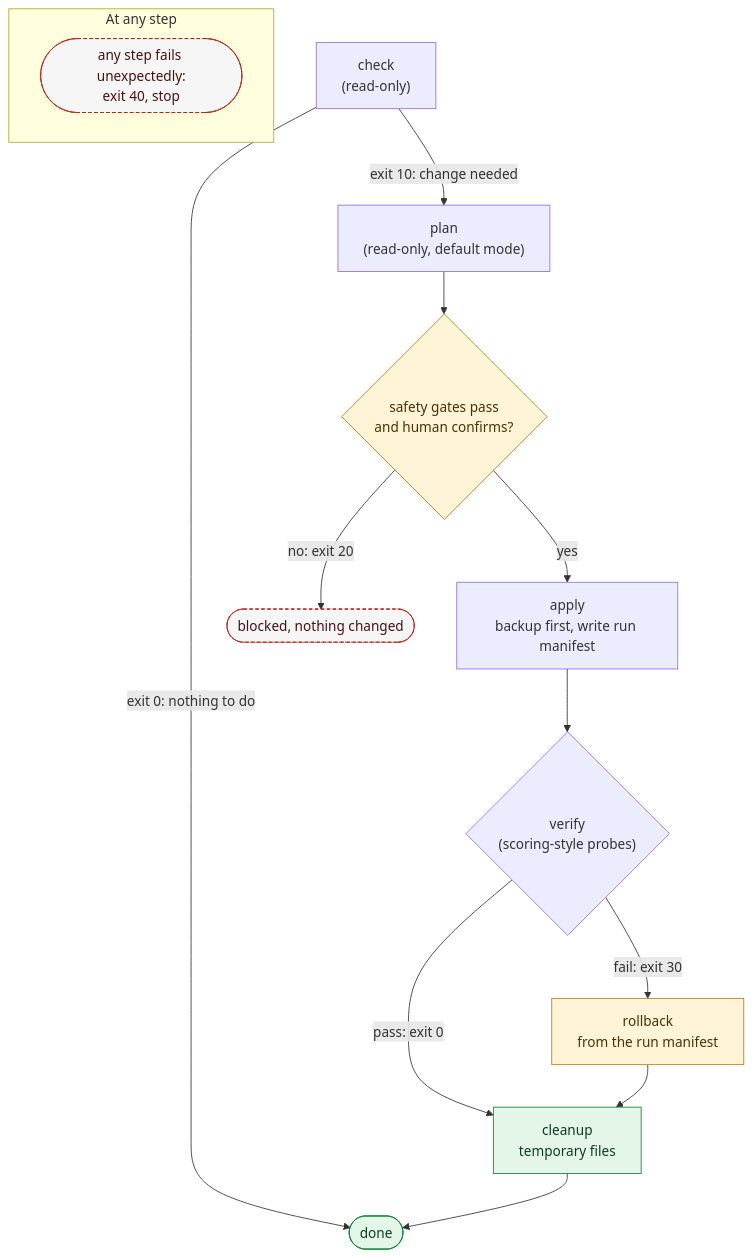
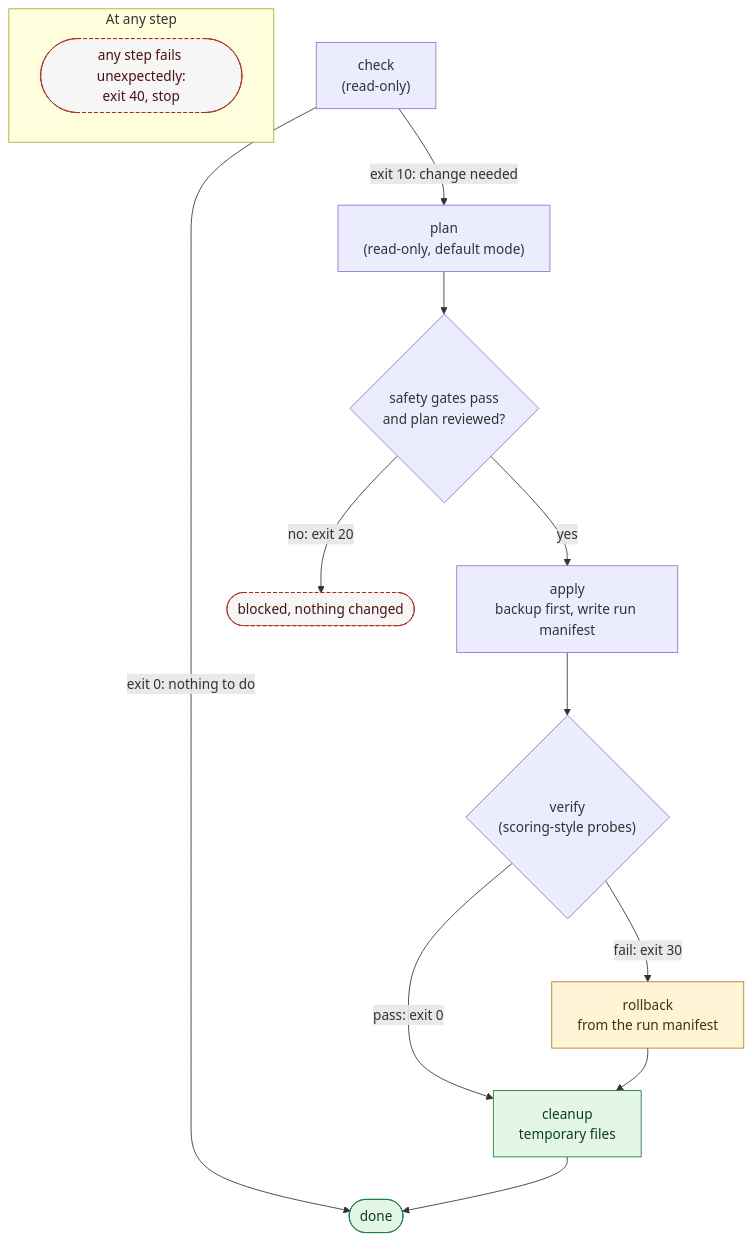
One commit to dotnetdork/Labyrinth changed the third of 3 diagrams in docs/design/00-Module-Contract-and-Layout.md. Above: the diagram before and after it, drawn with Mermaid. The commit also changed other lines of this file and 27 other files, not shown here.

````diff
--- a/docs/design/00-Module-Contract-and-Layout.md
+++ b/docs/design/00-Module-Contract-and-Layout.md
@@ -163,22 +162,22 @@
 ```mermaid
 flowchart TD
     C["check<br/>(read-only)"] -->|"exit 0: nothing to do"| DONE(["done"])
     C -->|"exit 10: change needed"| P["plan<br/>(read-only, default mode)"]
-    P --> G{"safety gates pass<br/>and human confirms?"}
+    P --> G{"safety gates pass<br/>and plan reviewed?"}
     G -->|"no: exit 20"| BLOCK(["blocked, nothing changed"])
     G -->|yes| A["apply<br/>backup first, write run manifest"]
     A --> V{"verify<br/>(scoring-style probes)"}
     V -->|"pass: exit 0"| CL["cleanup<br/>temporary files"]
     V -->|"fail: exit 30"| RB["rollback<br/>from the run manifest"]
     RB --> CL
     CL --> DONE
     subgraph anystep["At any step"]
         ERR(["any step fails unexpectedly:<br/>exit 40, stop"])
     end
     classDef ok fill:#e3f6e8,stroke:#15803d,color:#0f3d20
     classDef human fill:#fff4d6,stroke:#b7791f,color:#4a3108
     classDef stop fill:#f6f6f6,stroke:#b42318,color:#4a1111,stroke-dasharray:4 3
     class DONE,CL ok
-    class G,RB human
+    class RB human
     class BLOCK,ERR stop
 ```
````
